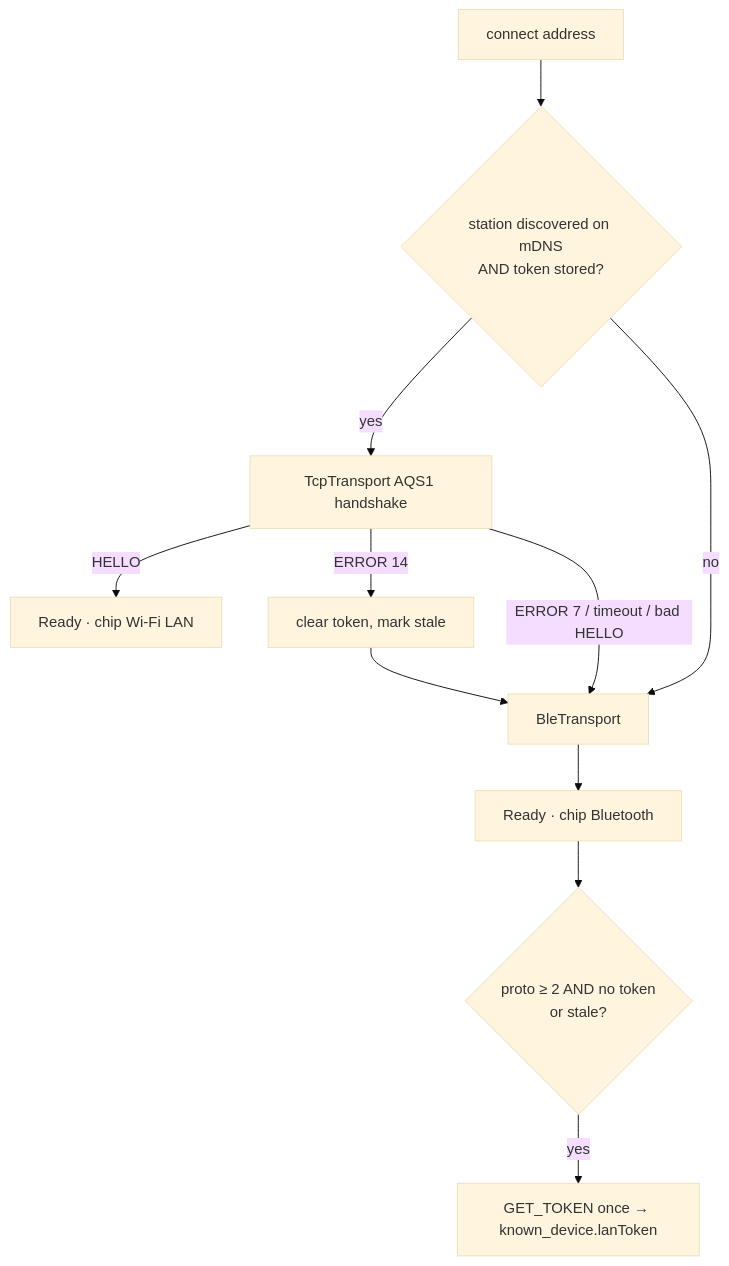
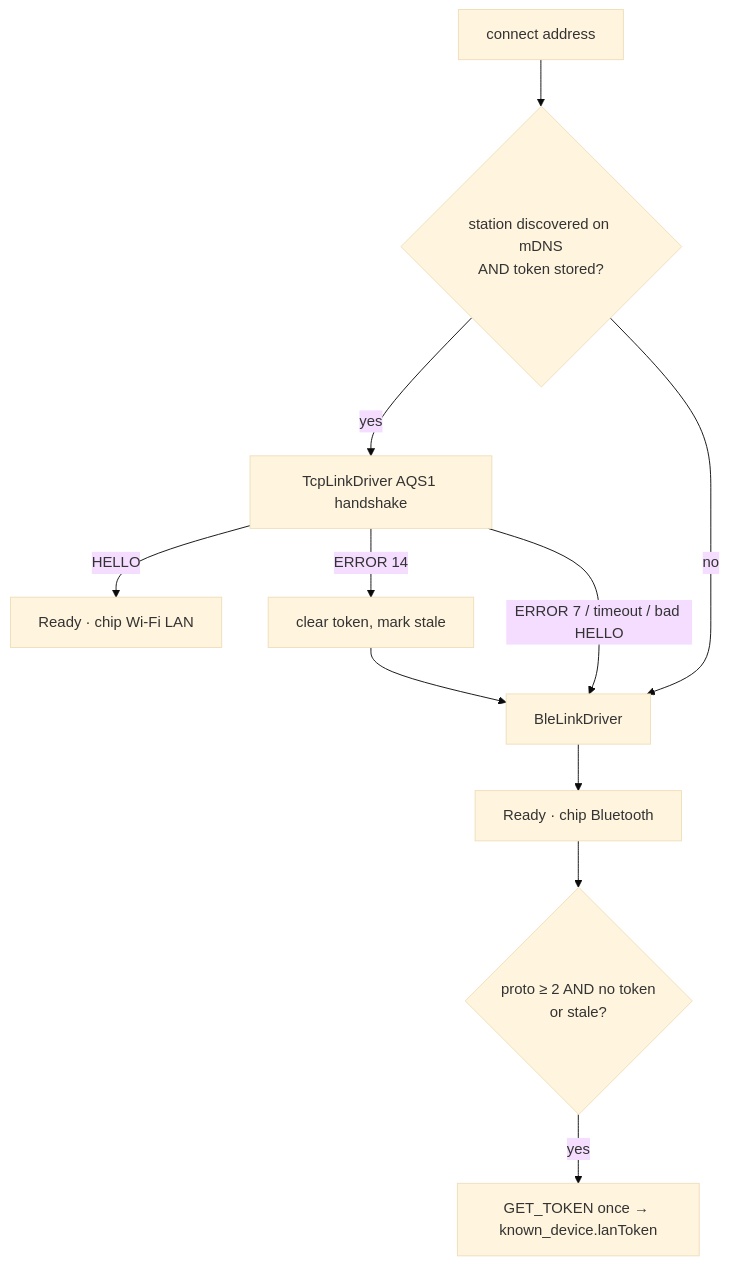
One commit to walkthru-earth/opensensor-space-mobile changed the first of 2 diagrams in docs/transports.md. Above: the diagram before and after it, drawn with Mermaid (base theme). The commit also changed other lines of this file and 34 other files, not shown here.

````diff
--- a/docs/transports.md
+++ b/docs/transports.md
@@ -9,12 +9,12 @@
 ```mermaid
 flowchart TD
   C[connect address] --> Q{station discovered on mDNS<br/>AND token stored?}
-  Q -- yes --> L[TcpTransport AQS1 handshake]
+  Q -- yes --> L[TcpLinkDriver AQS1 handshake]
   L -- HELLO --> R[Ready · chip Wi-Fi LAN]
   L -- ERROR 14 --> X[clear token, mark stale] --> B
-  L -- ERROR 7 / timeout / bad HELLO --> B[BleTransport]
+  L -- ERROR 7 / timeout / bad HELLO --> B[BleLinkDriver]
   Q -- no --> B
   B --> R2[Ready · chip Bluetooth]
   R2 --> T{proto ≥ 2 AND no token<br/>or stale?}
   T -- yes --> G[GET_TOKEN once → known_device.lanToken]
 ```
````
